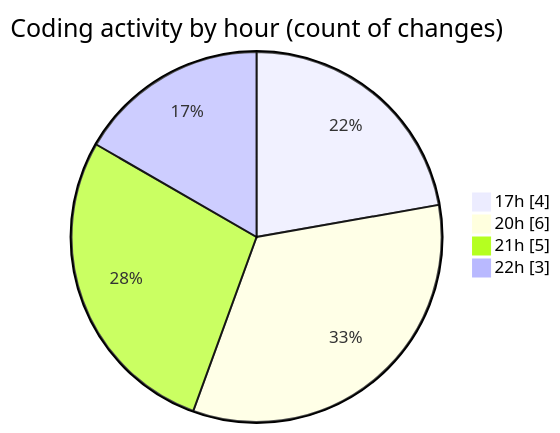
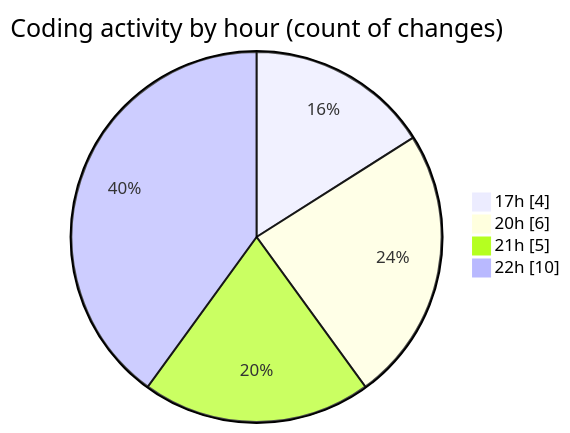
One commit to idhammustaqopulfikri/code-tracking changed the second of 2 diagrams in 2025-05-16/booking/README.md. Above: the diagram before and after it, drawn with Mermaid. The commit also changed other lines of this file and 1 other file, not shown here.

````diff
--- a/2025-05-16/booking/README.md
+++ b/2025-05-16/booking/README.md
@@ -41,8 +41,8 @@
 ```mermaid
 pie showData
 title Coding activity by hour (count of changes)
 "17h" : 4
 "20h" : 6
 "21h" : 5
-"22h" : 3
+"22h" : 10
 ```
````
